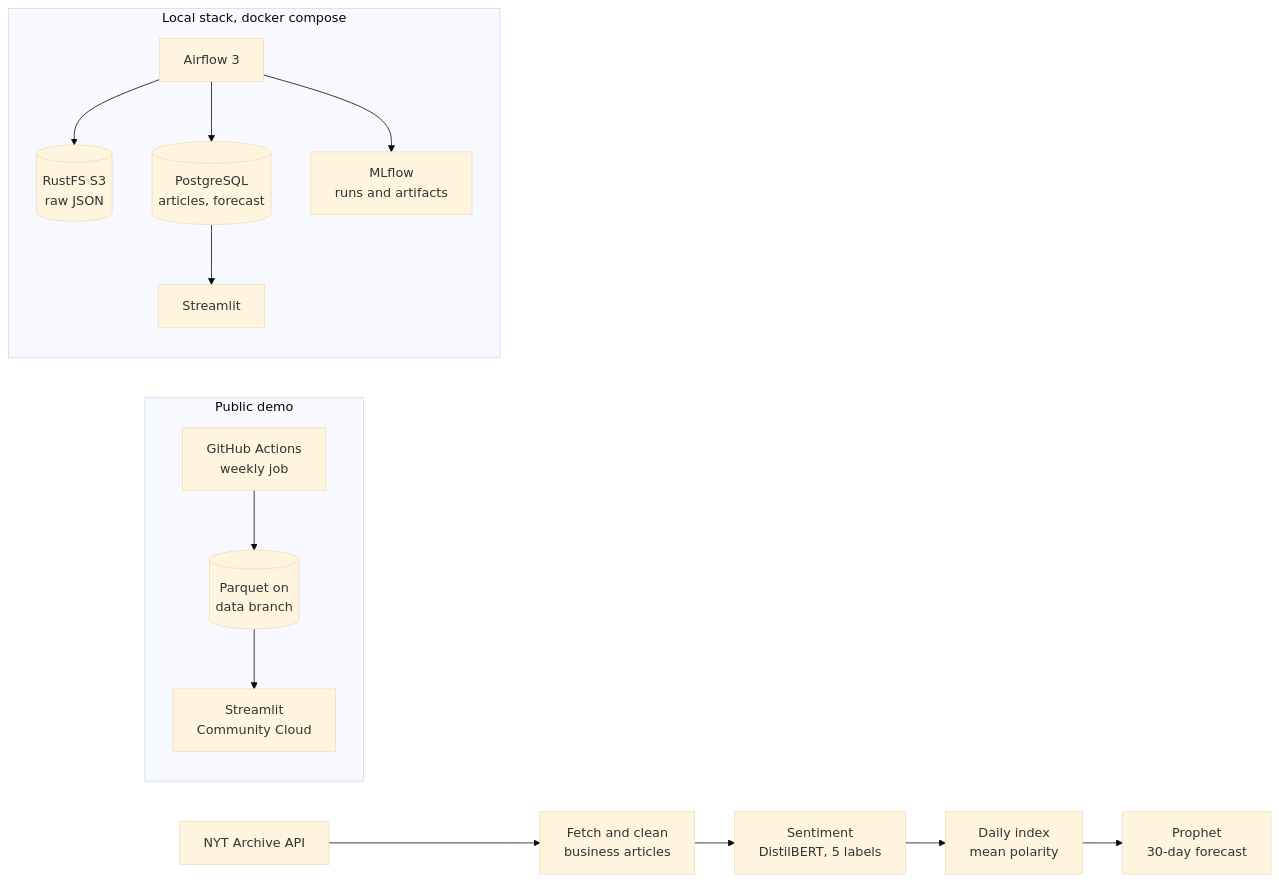
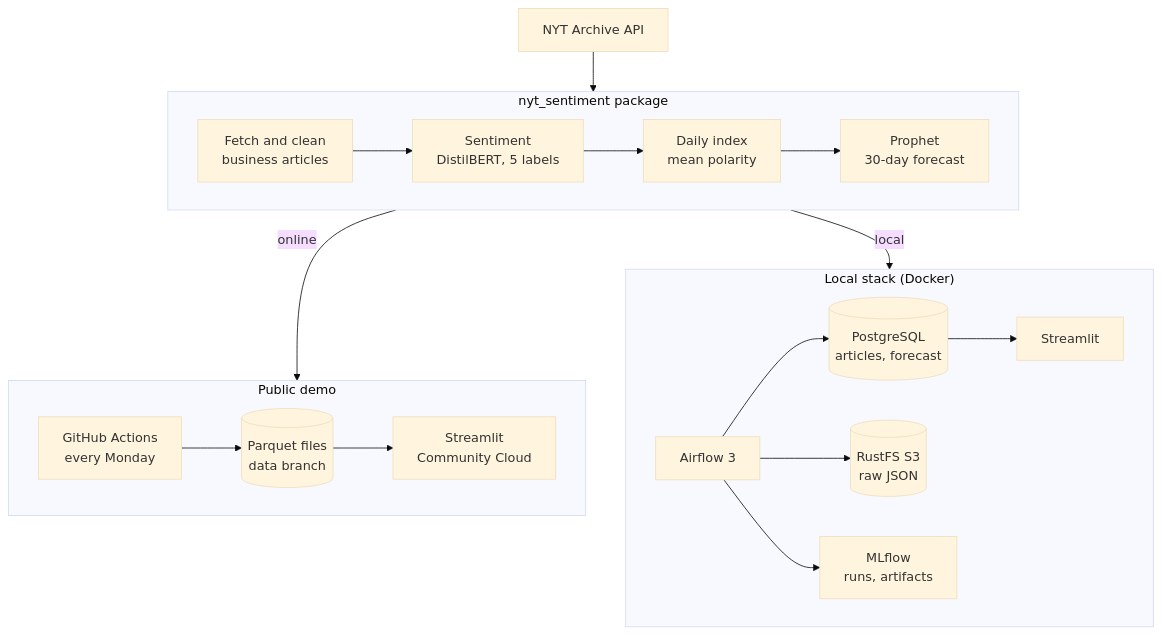
Before and after one commit to cnoret/nyt-business-sentiment: the diagram in README.md, drawn with Mermaid (base theme). The commit also changed 1 other file, not shown here.

Commit message:
Redraw the architecture diagram and recrop the dashboard screenshot
- Top-down diagram: API, then the shared package as one row, then the
  public demo and the local stack side by side (the previous layout stacked
  the subgraphs and pushed the main flow off screen).
- Crop the screenshot right below the forecast chart.

````diff
--- a/README.md
+++ b/README.md
@@ -32,18 +32,24 @@
 ```mermaid
-flowchart LR
-    NYT[NYT Archive API] --> F[Fetch and clean<br/>business articles]
-    F --> S[Sentiment<br/>DistilBERT, 5 labels]
-    S --> I[Daily index<br/>mean polarity]
-    I --> P[Prophet<br/>30-day forecast]
+flowchart TB
+    API[NYT Archive API] --> PKG
 
-    subgraph Online [Public demo]
-        GA[GitHub Actions<br/>weekly job] --> D[(Parquet on<br/>data branch)] --> APP[Streamlit<br/>Community Cloud]
+    subgraph PKG ["nyt_sentiment package"]
+        direction LR
+        F[Fetch and clean<br/>business articles] --> S[Sentiment<br/>DistilBERT, 5 labels] --> I[Daily index<br/>mean polarity] --> P[Prophet<br/>30-day forecast]
     end
 
-    subgraph Local [Local stack, docker compose]
-        AF[Airflow 3] --> S3[(RustFS S3<br/>raw JSON)]
-        AF --> PG[(PostgreSQL<br/>articles, forecast)]
-        AF --> ML[MLflow<br/>runs and artifacts]
-        PG --> ST[Streamlit]
+    PKG -->|online| Online
+    PKG -->|local| Local
+
+    subgraph Online ["Public demo"]
+        direction LR
+        GA[GitHub Actions<br/>every Monday] --> D[(Parquet files<br/>data branch)] --> APP[Streamlit<br/>Community Cloud]
+    end
+
+    subgraph Local ["Local stack (Docker)"]
+        direction LR
+        AF[Airflow 3] --> PG[(PostgreSQL<br/>articles, forecast)] --> ST[Streamlit]
+        AF --> S3[(RustFS S3<br/>raw JSON)]
+        AF --> ML[MLflow<br/>runs, artifacts]
     end
 ```
````
